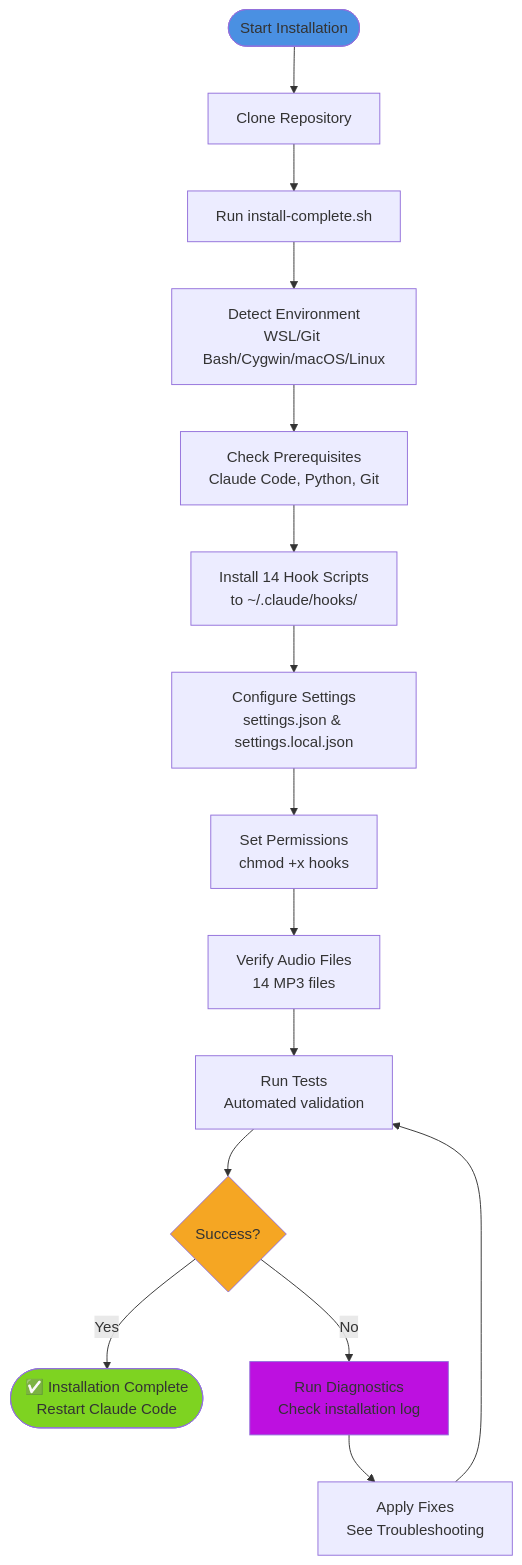
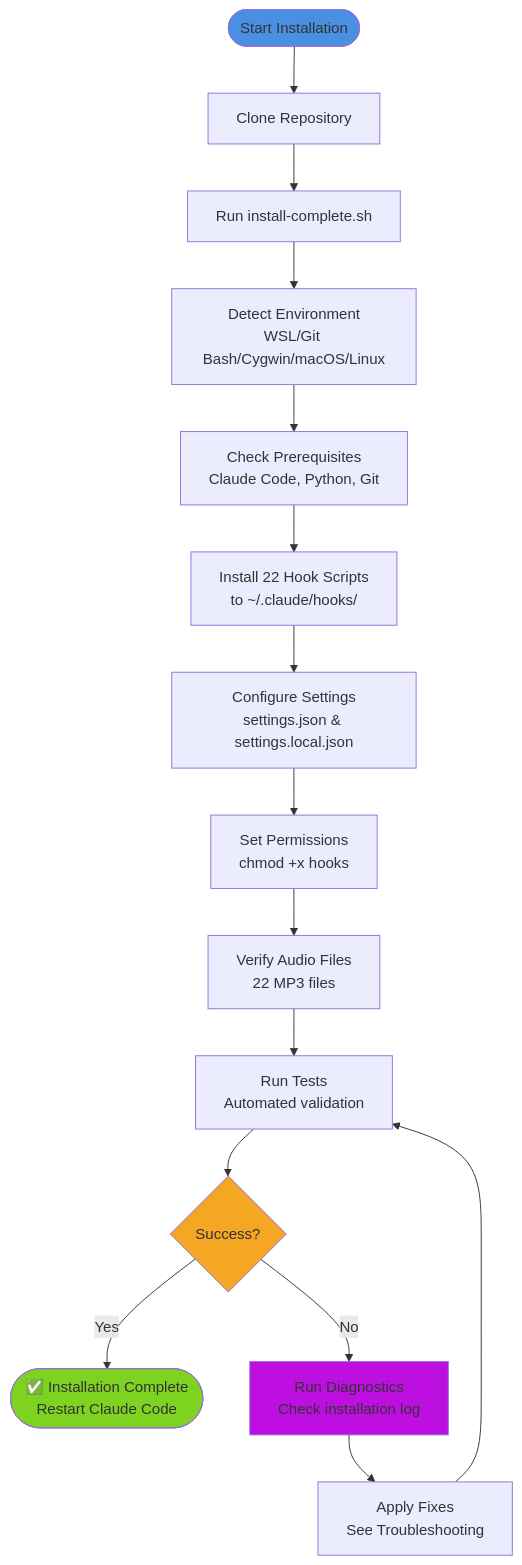
One commit to tozaki1545atebau/claude-code-audio-hooks changed the third of 5 diagrams in README.md. Above: the diagram before and after it, drawn with Mermaid. The commit also changed other lines of this file and 27 other files, not shown here.

First line of the commit message:
feat: add 8 new hooks for full Claude Code lifecycle coverage (v4.5.0)

````diff
--- a/README.md
+++ b/README.md
@@ -400,23 +400,23 @@
 ```mermaid
 flowchart TD
     Start([Start Installation]) --> Clone[Clone Repository]
     Clone --> Run[Run install-complete.sh]
     Run --> Detect[Detect Environment<br/>WSL/Git Bash/Cygwin/macOS/Linux]
     Detect --> Check[Check Prerequisites<br/>Claude Code, Python, Git]
-    Check --> Install[Install 14 Hook Scripts<br/>to ~/.claude/hooks/]
+    Check --> Install[Install 22 Hook Scripts<br/>to ~/.claude/hooks/]
     Install --> Config[Configure Settings<br/>settings.json & settings.local.json]
     Config --> Perms[Set Permissions<br/>chmod +x hooks]
-    Perms --> Audio[Verify Audio Files<br/>14 MP3 files]
+    Perms --> Audio[Verify Audio Files<br/>22 MP3 files]
     Audio --> Test[Run Tests<br/>Automated validation]
 
     Test --> Success{Success?}
     Success -->|Yes| Done([✅ Installation Complete<br/>Restart Claude Code])
     Success -->|No| Diagnose[Run Diagnostics<br/>Check installation log]
     Diagnose --> Fix[Apply Fixes<br/>See Troubleshooting]
     Fix --> Test
 
     style Start fill:#4A90E2
     style Done fill:#7ED321
     style Success fill:#F5A623
     style Diagnose fill:#BD10E0
 ```
````
